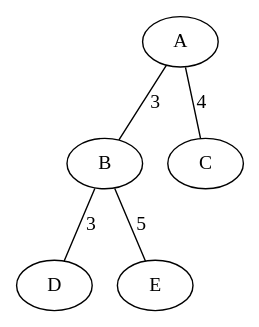
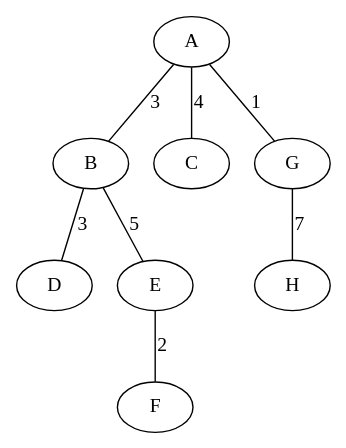
The diagram in graph/Exgewicht.dot (microtherion/FD1_HS13_U1_GKMN), drawn with Graphviz before and after one commit. The commit also changed 1 other file, not shown here.

```diff
--- a/graph/Exgewicht.dot
+++ b/graph/Exgewicht.dot
@@ -1,6 +1,9 @@
 graph Exgewicht {
     A -- B [label="3"]
     A -- C [label="4"]
     B -- D [label="3"]
     B -- E [label="5"]
+    E -- F [label="2"]
+    A -- G [label="1"]
+    G -- H [label="7"]
 }
```
